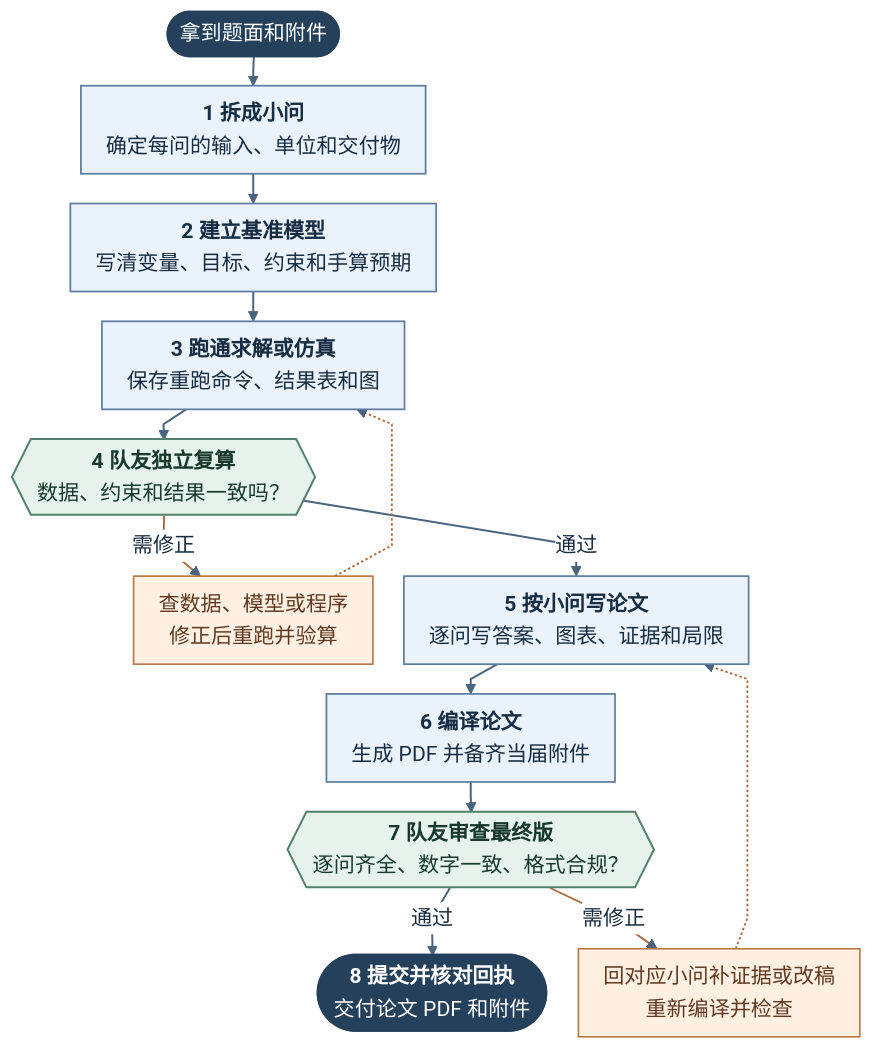
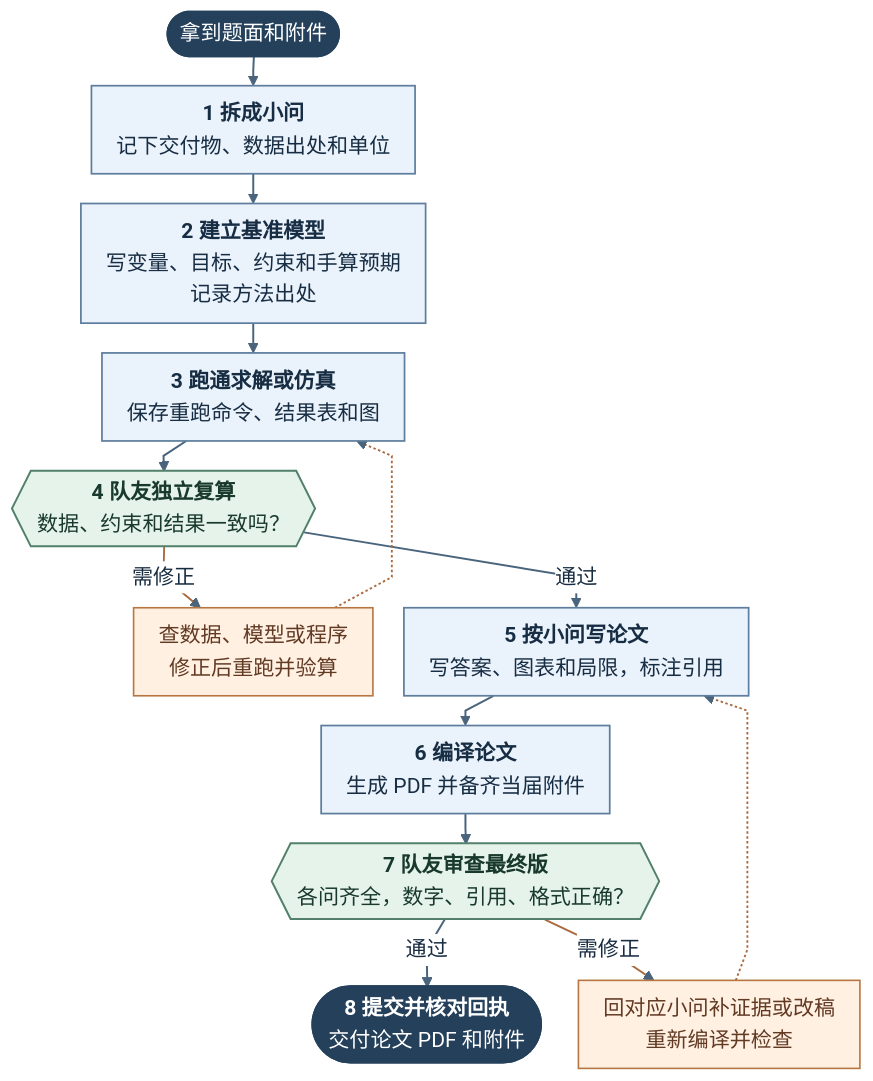
One commit to szy0387-beep/mcm-agent-skills changed the diagram in figures/first-contest-mindmap.mmd. Above: the diagram before and after it, drawn with Mermaid. The commit also changed 11 other files, not shown here.

```diff
--- a/figures/first-contest-mindmap.mmd
+++ b/figures/first-contest-mindmap.mmd
@@ -1,25 +1,25 @@
 %%{init: {"theme":"base","themeVariables":{"fontFamily":"Microsoft YaHei, Noto Sans CJK SC, sans-serif","fontSize":"17px","background":"#ffffff","lineColor":"#49647C","primaryTextColor":"#182C40","edgeLabelBackground":"#ffffff"},"flowchart":{"curve":"linear","nodeSpacing":25,"rankSpacing":24,"padding":10,"wrappingWidth":320}}}%%
 flowchart TB
-    start(["拿到题面和附件"]) --> read["<b>1 拆成小问</b><br/>确定每问的输入、单位和交付物"]
-    read --> model["<b>2 建立基准模型</b><br/>写清变量、目标、约束和手算预期"]
+    start(["拿到题面和附件"]) --> read["<b>1 拆成小问</b><br/>记下交付物、数据出处和单位"]
+    read --> model["<b>2 建立基准模型</b><br/>写变量、目标、约束和手算预期<br/>记录方法出处"]
     model --> run["<b>3 跑通求解或仿真</b><br/>保存重跑命令、结果表和图"]
     run --> audit{{"<b>4 队友独立复算</b><br/>数据、约束和结果一致吗？"}}
     audit -->|需修正| fix["查数据、模型或程序<br/>修正后重跑并验算"]
-    audit -->|通过| draft["<b>5 按小问写论文</b><br/>逐问写答案、图表、证据和局限"]
+    audit -->|通过| draft["<b>5 按小问写论文</b><br/>写答案、图表和局限，标注引用"]
     fix -.-> run
     draft --> pdf["<b>6 编译论文</b><br/>生成 PDF 并备齐当届附件"]
-    pdf --> preflight{{"<b>7 队友审查最终版</b><br/>逐问齐全、数字一致、格式合规？"}}
+    pdf --> preflight{{"<b>7 队友审查最终版</b><br/>各问齐全，数字、引用、格式正确？"}}
     preflight -->|通过| finish(["<b>8 提交并核对回执</b><br/>交付论文 PDF 和附件"])
     preflight -->|需修正| revise["回对应小问补证据或改稿<br/>重新编译并检查"]
     revise -.-> draft
 
     classDef endpoint fill:#24405B,stroke:#24405B,color:#ffffff,stroke-width:2px;
     classDef stage fill:#EAF2FB,stroke:#5F7E9D,color:#172D43,stroke-width:1.4px;
     classDef gate fill:#E5F3EB,stroke:#52806A,color:#18392C,stroke-width:1.6px;
     classDef repair fill:#FFF0E1,stroke:#B77542,color:#623A24,stroke-width:1.3px;
     class start,finish endpoint;
     class read,model,run,draft,pdf stage;
     class audit,preflight gate;
     class fix,revise repair;
     linkStyle default stroke:#49647C,stroke-width:1.6px;
     linkStyle 4,6,10,11 stroke:#AA693E,stroke-width:1.5px;
```
